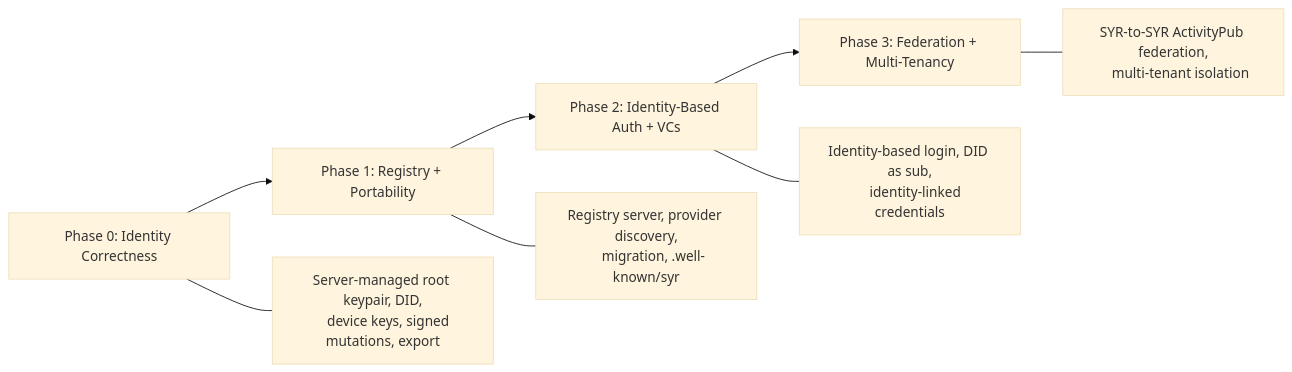
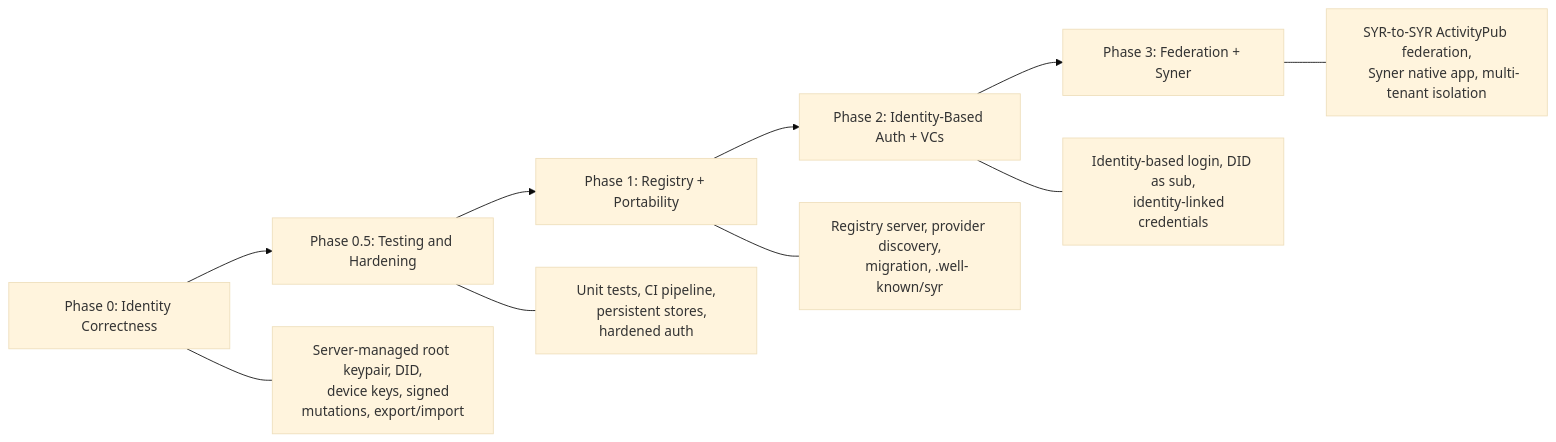
The diagram in apps/docs/app/src/routes/reference/spec-mapping/+page.md (syr-is/syr), drawn with Mermaid (base theme) before and after one commit. The commit also changed other lines of this file and 149 other files, not shown here.

First line of the commit message:
feat: tests and syner docs (#14)

````diff
--- a/apps/docs/app/src/routes/reference/spec-mapping/+page.md
+++ b/apps/docs/app/src/routes/reference/spec-mapping/+page.md
@@ -134,15 +152,18 @@
 ```mermaid
 flowchart LR
-    Phase0["Phase 0: Identity Correctness"] --> Phase1["Phase 1: Registry + Portability"]
+    Phase0["Phase 0: Identity Correctness"] --> Phase05["Phase 0.5: Testing and Hardening"]
+    Phase05 --> Phase1["Phase 1: Registry + Portability"]
     Phase1 --> Phase2["Phase 2: Identity-Based Auth + VCs"]
-    Phase2 --> Phase3["Phase 3: Federation + Multi-Tenancy"]
+    Phase2 --> Phase3["Phase 3: Federation + Syner"]
 
     Phase0 --- P0Items["Server-managed root keypair, DID,
-    device keys, signed mutations, export"]
+    device keys, signed mutations, export/import"]
+    Phase05 --- P05Items["Unit tests, CI pipeline,
+    persistent stores, hardened auth"]
     Phase1 --- P1Items["Registry server, provider discovery,
     migration, .well-known/syr"]
     Phase2 --- P2Items["Identity-based login, DID as sub,
     identity-linked credentials"]
     Phase3 --- P3Items["SYR-to-SYR ActivityPub federation,
-    multi-tenant isolation"]
+    Syner native app, multi-tenant isolation"]
 ```
````
